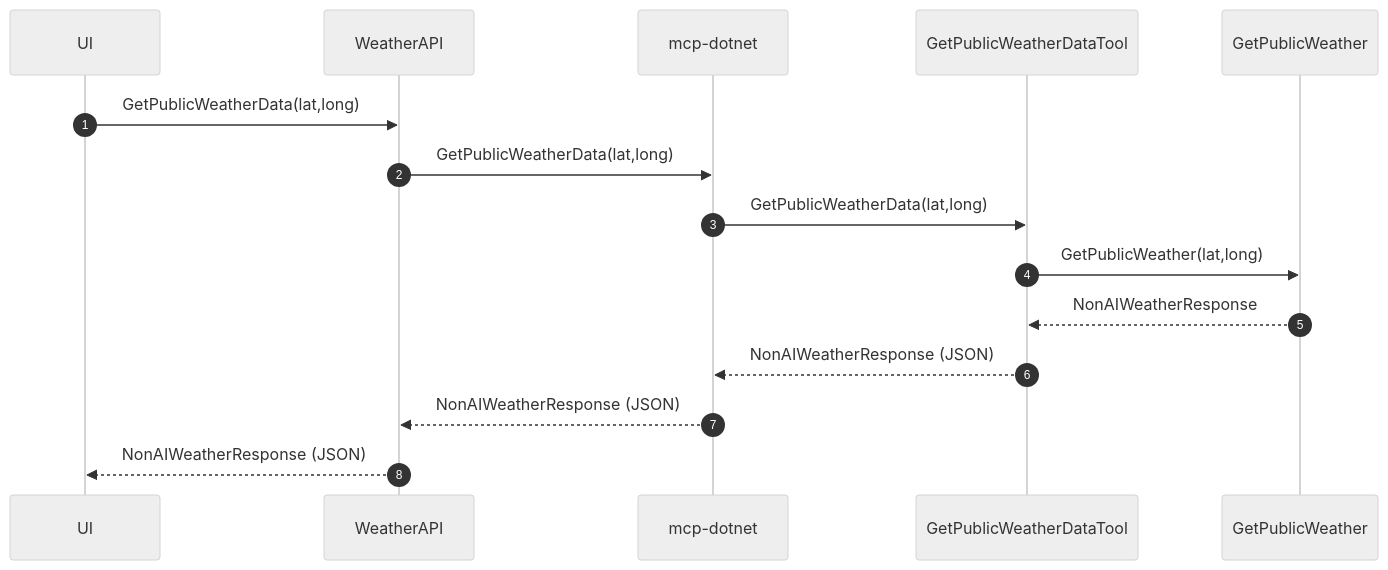
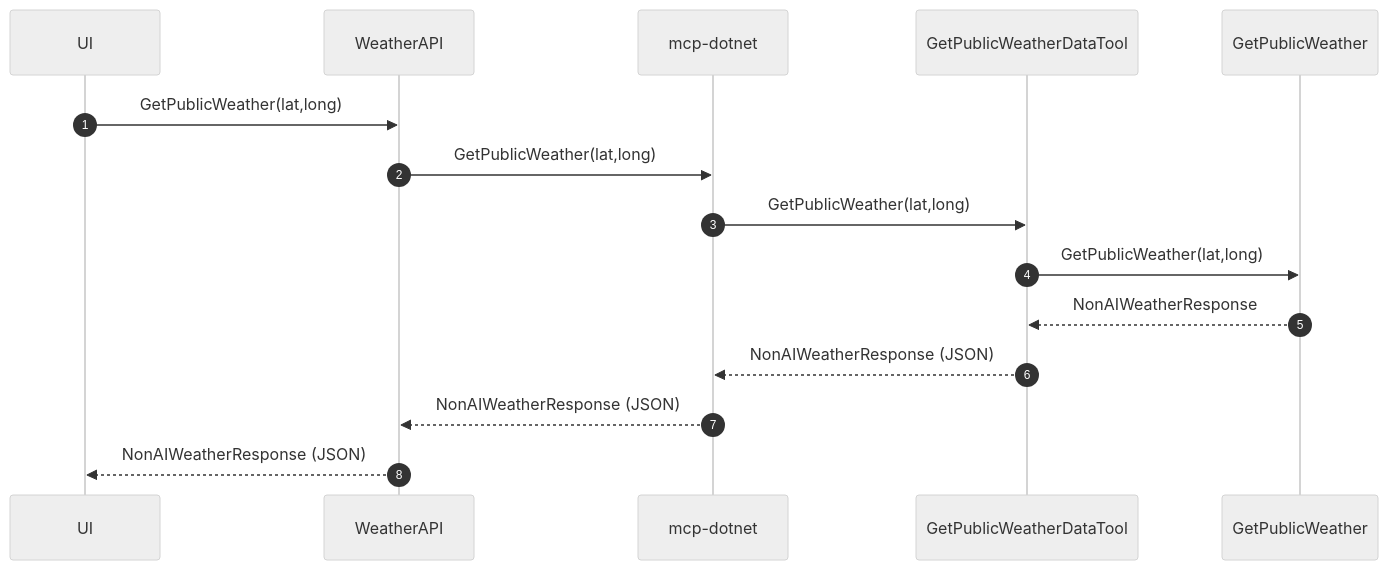
Before and after one commit to dustinkorzaan/weather-1116: the fourth of 4 diagrams in docs/3-foundry-mcp/agents-models-mcp.md, drawn with Mermaid (neutral theme). The commit also changed other lines of this file, not shown here.

Commit message:
Shorten diagram labels from GetPublicWeatherData to GetPublicWeather

````diff
--- a/docs/3-foundry-mcp/agents-models-mcp.md
+++ b/docs/3-foundry-mcp/agents-models-mcp.md
@@ -103,18 +103,18 @@
   ```mermaid
   sequenceDiagram
       autonumber
       participant UI
       participant API as WeatherAPI
       participant MCP as mcp-dotnet
       participant Tool as GetPublicWeatherDataTool
       participant GetPublicWeather
 
-      UI->>API: GetPublicWeatherData(lat,long)
-      API->>MCP: GetPublicWeatherData(lat,long)
-      MCP->>Tool: GetPublicWeatherData(lat,long)
+      UI->>API: GetPublicWeather(lat,long)
+      API->>MCP: GetPublicWeather(lat,long)
+      MCP->>Tool: GetPublicWeather(lat,long)
       Tool->>GetPublicWeather: GetPublicWeather(lat,long)
       GetPublicWeather-->>Tool: NonAIWeatherResponse
       Tool-->>MCP: NonAIWeatherResponse (JSON)
       MCP-->>API: NonAIWeatherResponse (JSON)
       API-->>UI: NonAIWeatherResponse (JSON)
   ```
````
